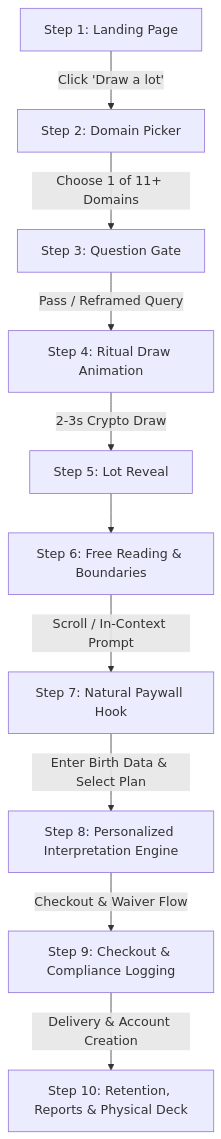
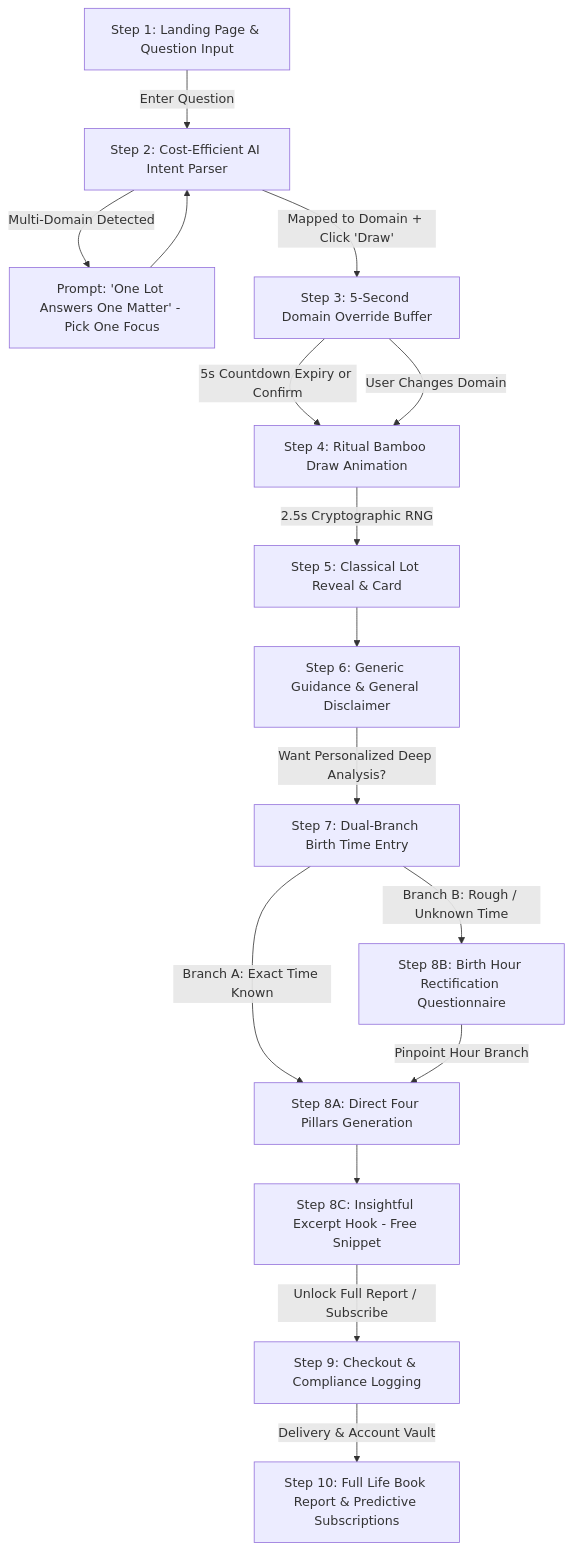
The diagram in docs/planning/02_TEN_STEP_USER_JOURNEY_SPEC.md (whowillcare/mazu-app), drawn with Mermaid before and after one commit. The commit also changed other lines of this file and 5 other files, not shown here.

````diff
--- a/docs/planning/02_TEN_STEP_USER_JOURNEY_SPEC.md
+++ b/docs/planning/02_TEN_STEP_USER_JOURNEY_SPEC.md
@@ -9,12 +9,18 @@
 ```mermaid
 graph TD
-    S1[Step 1: Landing Page] -->|Click 'Draw a lot'| S2[Step 2: Domain Picker]
-    S2 -->|Choose 1 of 11+ Domains| S3[Step 3: Question Gate]
-    S3 -->|Pass / Reframed Query| S4[Step 4: Ritual Draw Animation]
-    S4 -->|2-3s Crypto Draw| S5[Step 5: Lot Reveal]
-    S5 --> S6[Step 6: Free Reading & Boundaries]
-    S6 -->|Scroll / In-Context Prompt| S7[Step 7: Natural Paywall Hook]
-    S7 -->|Enter Birth Data & Select Plan| S8[Step 8: Personalized Interpretation Engine]
-    S8 -->|Checkout & Waiver Flow| S9[Step 9: Checkout & Compliance Logging]
-    S9 -->|Delivery & Account Creation| S10[Step 10: Retention, Reports & Physical Deck]
+    S1[Step 1: Landing Page & Question Input] -->|Enter Question| S2[Step 2: Cost-Efficient AI Intent Parser]
+    S2 -->|Multi-Domain Detected| S2_Split[Prompt: 'One Lot Answers One Matter' - Pick One Focus]
+    S2_Split --> S2
+    S2 -->|Mapped to Domain + Click 'Draw'| S3[Step 3: 5-Second Domain Override Buffer]
+    S3 -->|5s Countdown Expiry or Confirm| S4[Step 4: Ritual Bamboo Draw Animation]
+    S3 -->|User Changes Domain| S4
+    S4 -->|2.5s Cryptographic RNG| S5[Step 5: Classical Lot Reveal & Card]
+    S5 --> S6[Step 6: Generic Guidance & General Disclaimer]
+    S6 -->|Want Personalized Deep Analysis?| S7[Step 7: Dual-Branch Birth Time Entry]
+    S7 -->|Branch A: Exact Time Known| S8_Exact[Step 8A: Direct Four Pillars Generation]
+    S7 -->|Branch B: Rough / Unknown Time| S8_Rect[Step 8B: Birth Hour Rectification Questionnaire]
+    S8_Rect -->|Pinpoint Hour Branch| S8_Exact
+    S8_Exact --> S8_Hook[Step 8C: Insightful Excerpt Hook - Free Snippet]
+    S8_Hook -->|Unlock Full Report / Subscribe| S9[Step 9: Checkout & Compliance Logging]
+    S9 -->|Delivery & Account Vault| S10[Step 10: Full Life Book Report & Predictive Subscriptions]
 ```
````
